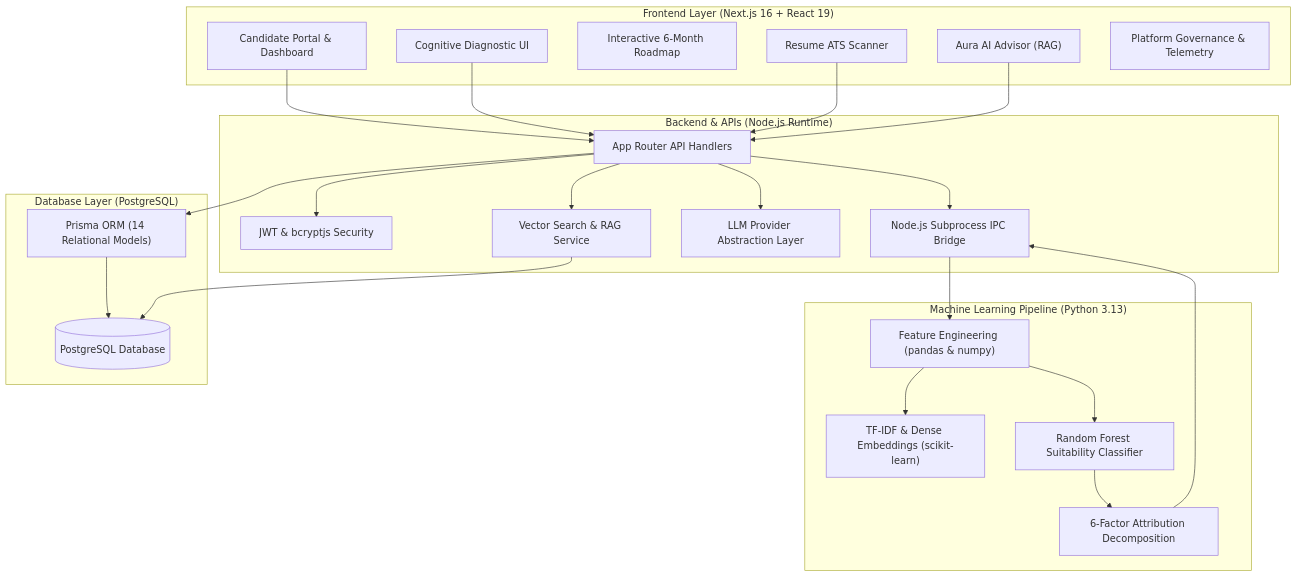
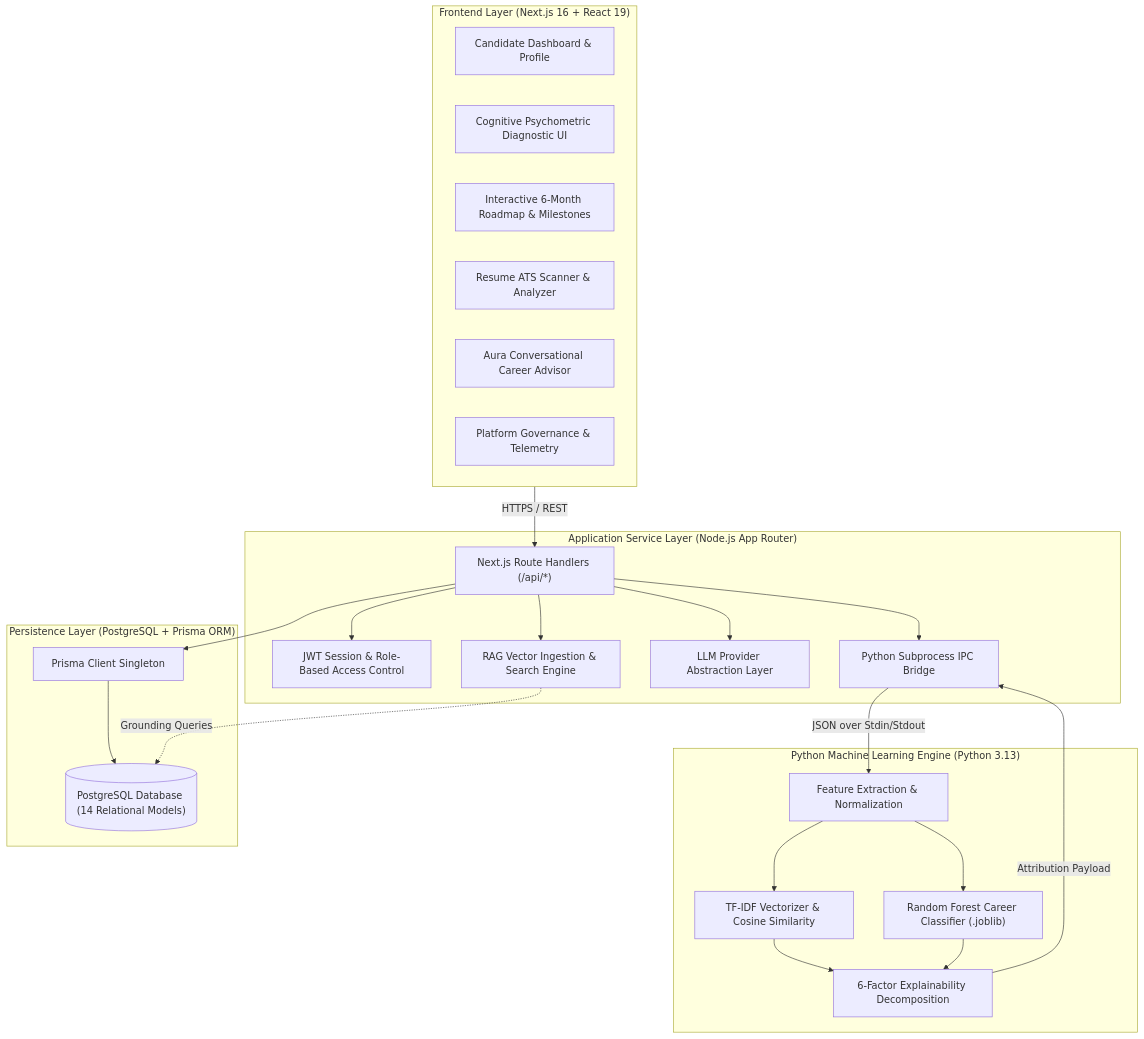
The diagram in README.md (bunnyvalluri/4---1), drawn with Mermaid before and after one commit. The commit also changed other lines of this file and 36 other files, not shown here.

````diff
--- a/README.md
+++ b/README.md
@@ -39,51 +69,53 @@
 ```mermaid
 flowchart TD
-    subgraph Client["Frontend Layer (Next.js 16 + React 19)"]
-        UI["Candidate Portal & Dashboard"]
-        Assess["Cognitive Diagnostic UI"]
-        Roadmap["Interactive 6-Month Roadmap"]
-        ResumeUI["Resume ATS Scanner"]
-        ChatUI["Aura AI Advisor (RAG)"]
+    subgraph ClientLayer["Frontend Layer (Next.js 16 + React 19)"]
+        UI["Candidate Dashboard & Profile"]
+        AssessUI["Cognitive Psychometric Diagnostic UI"]
+        RoadmapUI["Interactive 6-Month Roadmap & Milestones"]
+        ResumeUI["Resume ATS Scanner & Analyzer"]
+        ChatUI["Aura Conversational Career Advisor"]
         AdminUI["Platform Governance & Telemetry"]
     end
 
-    subgraph Server["Backend & APIs (Node.js Runtime)"]
-        Router["App Router API Handlers"]
-        Auth["JWT & bcryptjs Security"]
-        IPC["Node.js Subprocess IPC Bridge"]
-        LLM["LLM Provider Abstraction Layer"]
-        RAG["Vector Search & RAG Service"]
+    subgraph ServiceLayer["Application Service Layer (Node.js App Router)"]
+        APIRouter["Next.js Route Handlers (/api/*)"]
+        AuthModule["JWT Session & Role-Based Access Control"]
+        IPCGateway["Python Subprocess IPC Bridge"]
+        LLMManager["LLM Provider Abstraction Layer"]
+        RAGService["RAG Vector Ingestion & Search Engine"]
     end
 
-    subgraph ML["Machine Learning Pipeline (Python 3.13)"]
-        FeatEng["Feature Engineering (pandas & numpy)"]
-        TFIDF["TF-IDF & Dense Embeddings (scikit-learn)"]
-        RF["Random Forest Suitability Classifier"]
-        Attribution["6-Factor Attribution Decomposition"]
+    subgraph MLLayer["Python Machine Learning Engine (Python 3.13)"]
+        FeatExtract["Feature Extraction & Normalization"]
+        VectorEngine["TF-IDF Vectorizer & Cosine Similarity"]
+        Classifier["Random Forest Career Classifier (.joblib)"]
+        Attribution["6-Factor Explainability Decomposition"]
     end
 
-    subgraph Data["Database Layer (PostgreSQL)"]
-        Prisma["Prisma ORM (14 Relational Models)"]
-        DB[(PostgreSQL Database)]
+    subgraph DataLayer["Persistence Layer (PostgreSQL + Prisma ORM)"]
+        PrismaClient["Prisma Client Singleton"]
+        PGDB[("PostgreSQL Database (14 Relational Models)")]
     end
 
-    UI --> Router
-    Assess --> Router
-    ResumeUI --> Router
-    ChatUI --> Router
+    %% Client to Service Connections
+    ClientLayer -->|HTTPS / REST| APIRouter
 
-    Router --> Auth
-    Router --> Prisma
-    Router --> IPC
-    Router --> LLM
-    Router --> RAG
+    %% Service Internals
+    APIRouter --> AuthModule
+    APIRouter --> PrismaClient
+    APIRouter --> IPCGateway
+    APIRouter --> LLMManager
+    APIRouter --> RAGService
 
-    IPC --> FeatEng
-    FeatEng --> TFIDF
-    FeatEng --> RF
-    RF --> Attribution
-    Attribution --> IPC
+    %% Service to ML
+    IPCGateway -->|JSON over Stdin/Stdout| FeatExtract
+    FeatExtract --> VectorEngine
+    FeatExtract --> Classifier
+    VectorEngine --> Attribution
+    Classifier --> Attribution
+    Attribution -->|Attribution Payload| IPCGateway
 
-    Prisma --> DB
-    RAG --> DB
+    %% Service to Database
+    PrismaClient --> PGDB
+    RAGService -.->|Grounding Queries| PGDB
 ```
````
